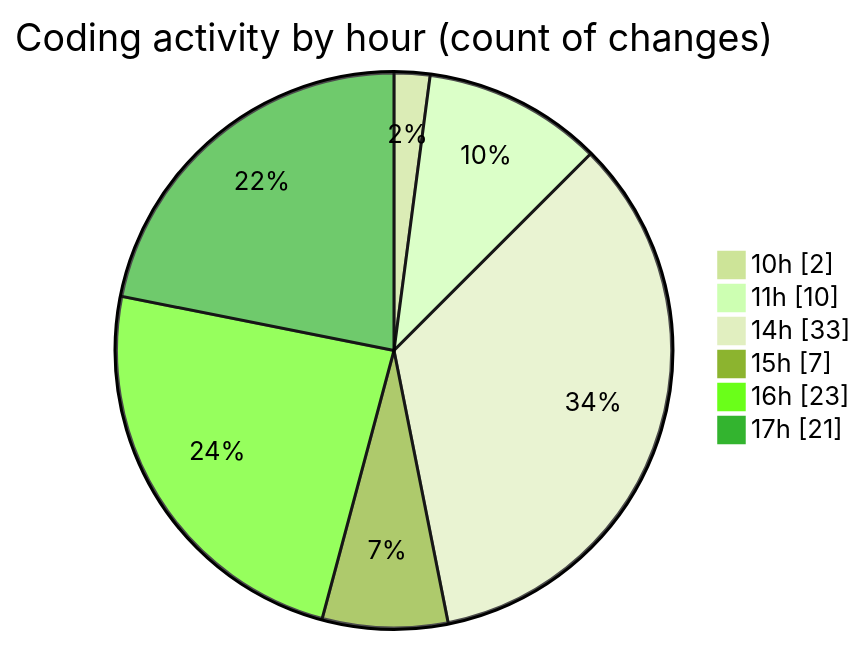
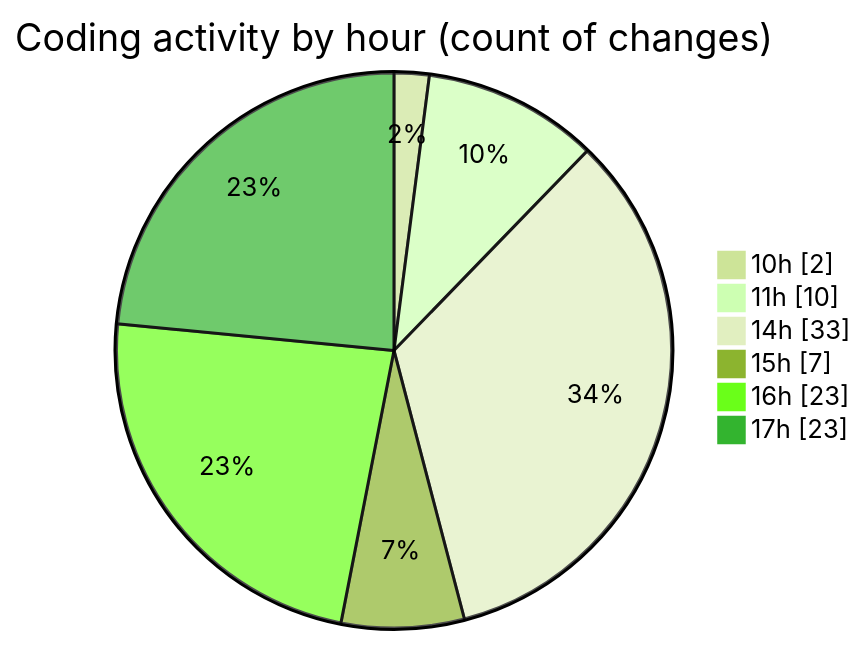
The second of 2 diagrams in 2025-06-02/studio-backend/README.md (idhammustaqopulfikri/code-tracking), drawn with Mermaid (forest theme) before and after one commit. The commit also changed other lines of this file and 1 other file, not shown here.

````diff
--- a/2025-06-02/studio-backend/README.md
+++ b/2025-06-02/studio-backend/README.md
@@ -48,10 +49,10 @@
 ```mermaid
 pie showData
 title Coding activity by hour (count of changes)
 "10h" : 2
 "11h" : 10
 "14h" : 33
 "15h" : 7
 "16h" : 23
-"17h" : 21
+"17h" : 23
 ```
````
